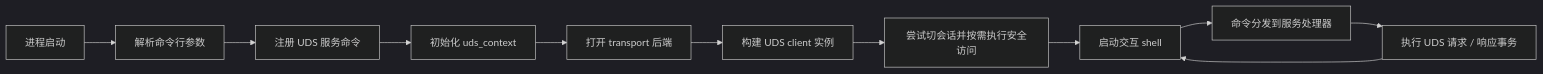
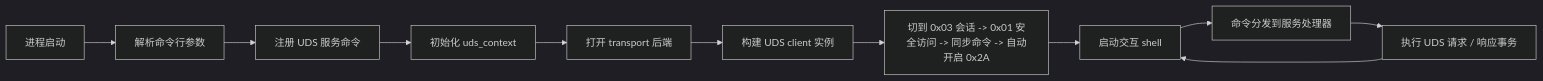
Before and after one commit to wdfk-prog/iso14229: the second of 5 diagrams in examples/rtt_server/docs/architecture.zh-CN.md, drawn with Mermaid (dark theme). The commit also changed other lines of this file and 10 other files, not shown here.

````diff
--- a/examples/rtt_server/docs/architecture.zh-CN.md
+++ b/examples/rtt_server/docs/architecture.zh-CN.md
@@ -69,13 +69,13 @@
 ```mermaid
 flowchart LR
     A[进程启动] --> B[解析命令行参数]
     B --> C[注册 UDS 服务命令]
     C --> D[初始化 uds_context]
     D --> E[打开 transport 后端]
     E --> F[构建 UDS client 实例]
-    F --> G[尝试切会话并按需执行安全访问]
+    F --> G[切到 0x03 会话 -> 0x01 安全访问 -> 同步命令 -> 自动开启 0x2A]
     G --> H[启动交互 shell]
     H --> I[命令分发到服务处理器]
     I --> J[执行 UDS 请求 / 响应事务]
     J --> H
 ```
````
